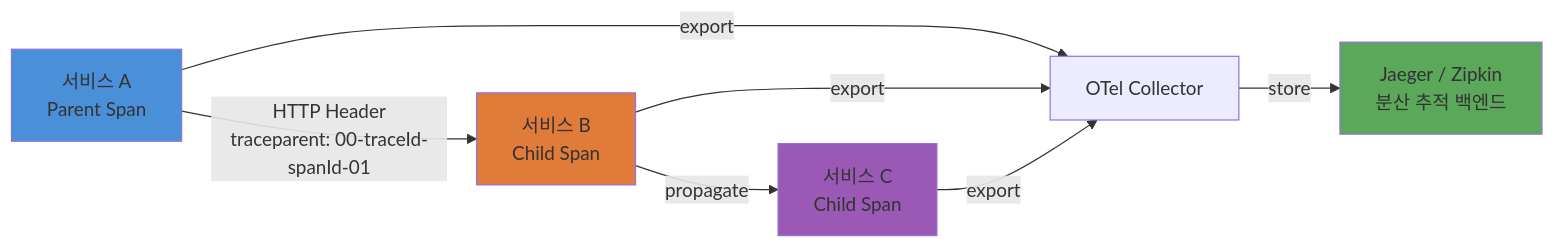
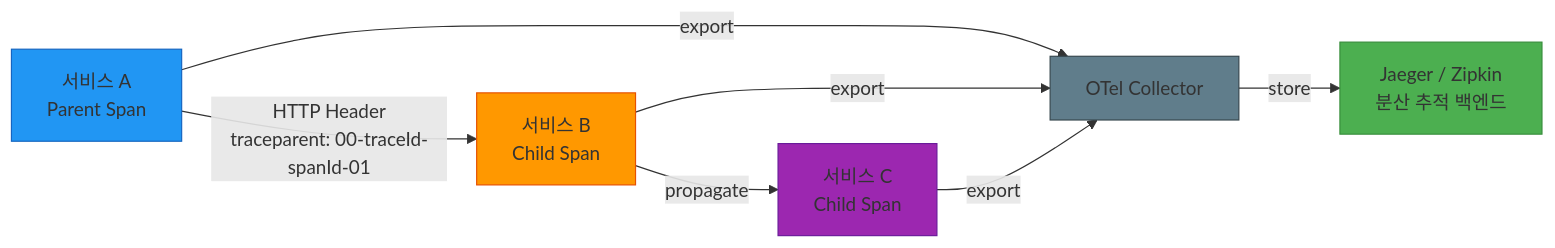
The fourth of 4 diagrams in infra/opentelemetry/README.md (bluetape4k/bluetape4k-projects), drawn with Mermaid before and after one commit. The commit also changed other lines of this file and 28 other files, not shown here.

First line of the commit message:
docs: 전체 모듈 README 색상 Mermaid UML 다이어그램 추가 완료

````diff
--- a/infra/opentelemetry/README.md
+++ b/infra/opentelemetry/README.md
@@ -309,16 +380,17 @@
 ```mermaid
 flowchart LR
     ServiceA[서비스 A<br/>Parent Span] -->|HTTP Header<br/>traceparent: 00-traceId-spanId-01| ServiceB[서비스 B<br/>Child Span]
     ServiceB -->|propagate| ServiceC[서비스 C<br/>Child Span]
 
     ServiceA -->|export| Collector[OTel Collector]
     ServiceB -->|export| Collector
     ServiceC -->|export| Collector
 
     Collector -->|store| Backend[Jaeger / Zipkin<br/>분산 추적 백엔드]
 
-    style ServiceA fill:#4a90d9
-    style ServiceB fill:#e07b39
-    style ServiceC fill:#9b59b6
-    style Backend fill:#5ba85a
+    style ServiceA fill:#2196F3,stroke:#1565C0
+    style ServiceB fill:#FF9800,stroke:#E65100
+    style ServiceC fill:#9C27B0,stroke:#6A1B9A
+    style Backend fill:#4CAF50,stroke:#388E3C
+    style Collector fill:#607D8B,stroke:#37474F
 ```
````
